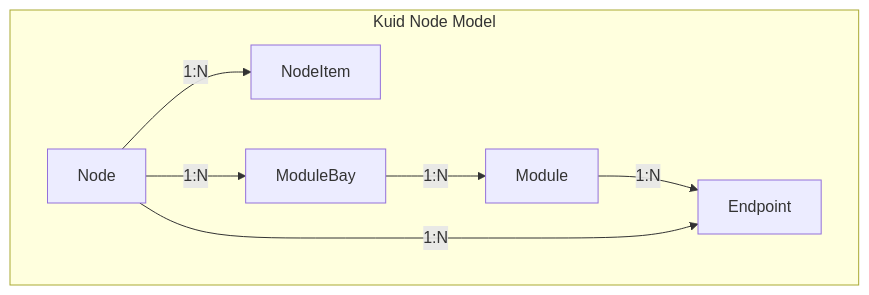
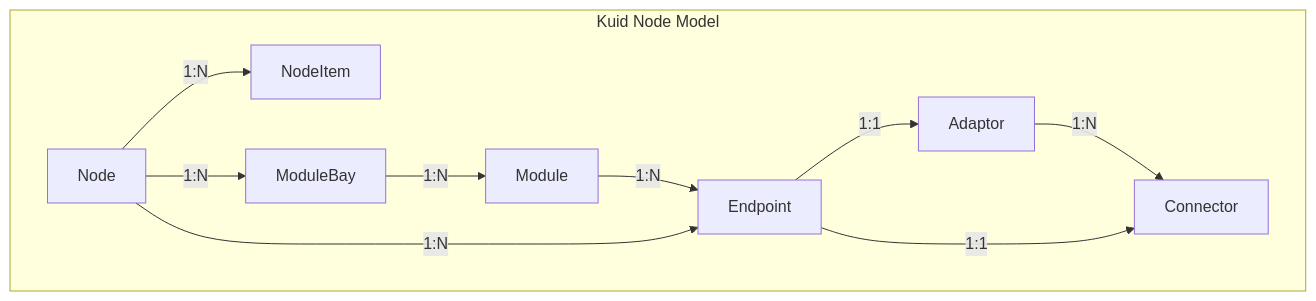
One commit to kuidio/docs changed the second of 3 diagrams in docs/02-resources/02-inventory/01_about.md. Above: the diagram before and after it, drawn with Mermaid. The commit also changed other lines of this file and 9 other files, not shown here.

````diff
--- a/docs/02-resources/02-inventory/01_about.md
+++ b/docs/02-resources/02-inventory/01_about.md
@@ -38,15 +38,20 @@
 ```mermaid
 graph TD;
     subgraph "Kuid Node Model"
         Node
         NodeItem;
         ModuleBay;
         Module;
         Endpoint;
+        Connector;
+        Adaptor;
         Node --> |1:N| NodeItem;
         Node --> |1:N| ModuleBay;
         ModuleBay --> |1:N| Module;
         Module --> |1:N| Endpoint;
         Node --> |1:N| Endpoint;
+        Endpoint --> |1:1| Adaptor;
+        Adaptor --> |1:N| Connector;
+        Endpoint --> |1:1| Connector;
     end
 ```
````
